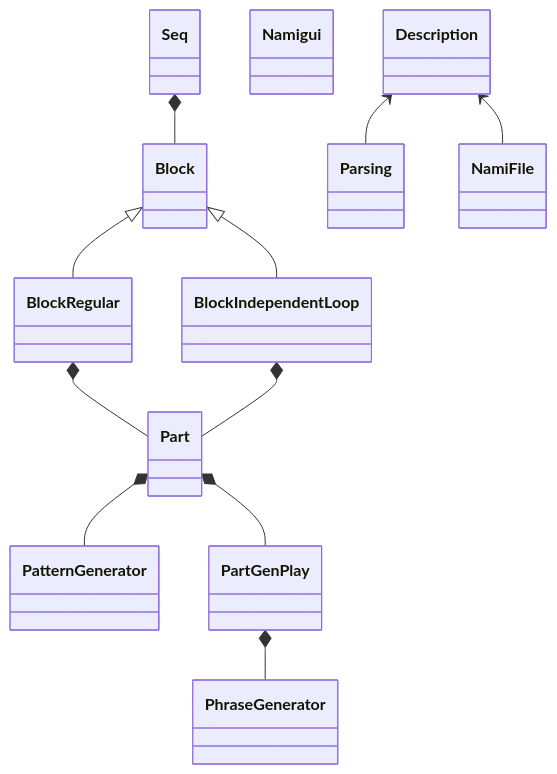
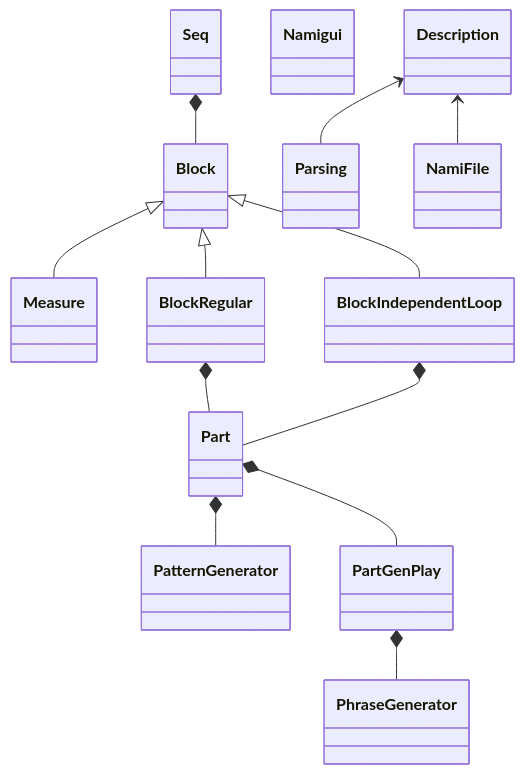
Before and after one commit to hasebems/namihey: the diagram in namihey_class.md, drawn with Mermaid. The commit also changed other lines of this file and 2 other files, not shown here.

````diff
--- a/namihey_class.md
+++ b/namihey_class.md
@@ -23,14 +23,15 @@
 ```mermaid
 classDiagram
 Seq *-- Block
+Block <|-- Measure
 Block <|-- BlockRegular
 Block <|-- BlockIndependentLoop
 BlockRegular *-- Part
 BlockIndependentLoop *-- Part
 Part *-- PatternGenerator
 Part *-- PartGenPlay
 PartGenPlay *-- PhraseGenerator
 class Namigui
 Description <-- Parsing
 Description <-- NamiFile
 ```
````
